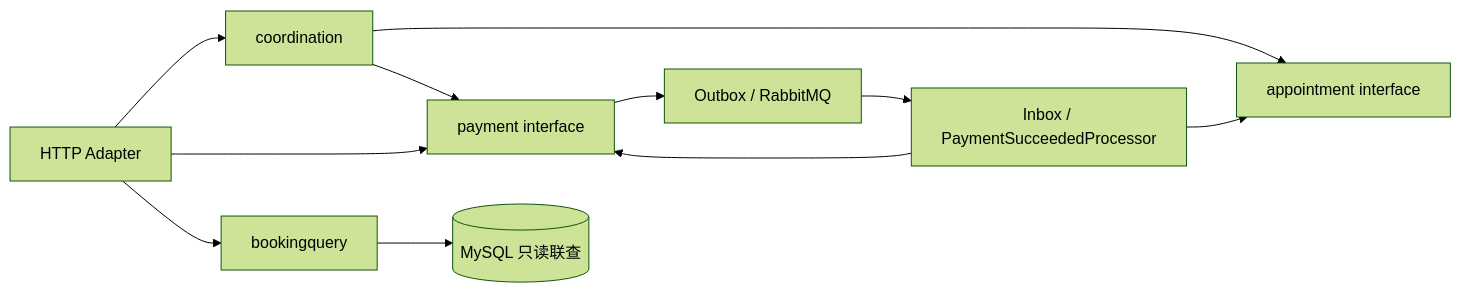
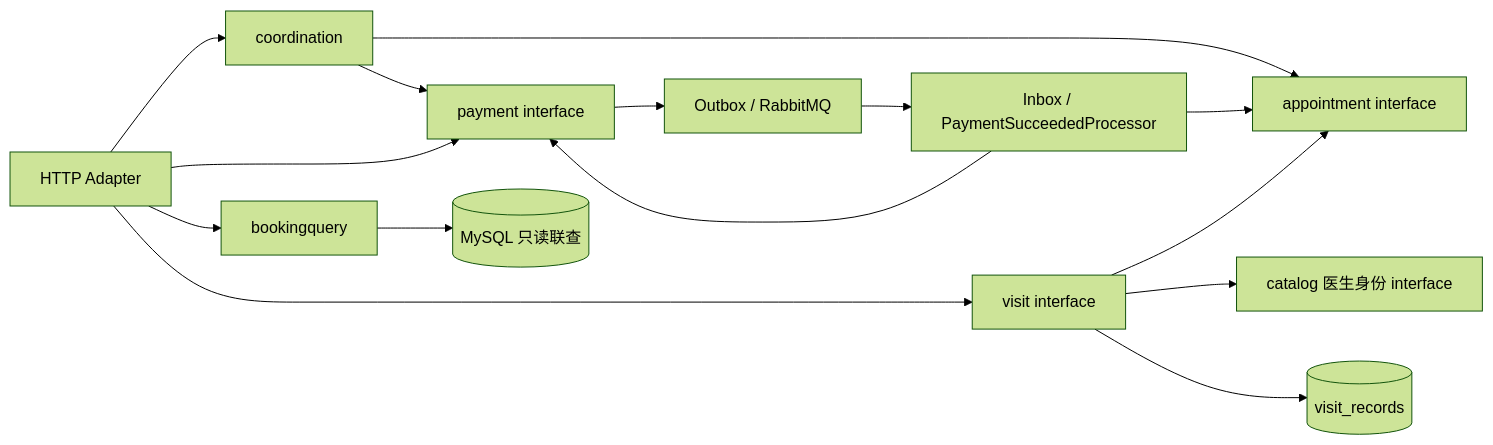
The diagram in docs/module-design.md (qsx-java321/appoint), drawn with Mermaid (forest theme) before and after one commit. The commit also changed other lines of this file and 68 other files, not shown here.

````diff
--- a/docs/module-design.md
+++ b/docs/module-design.md
@@ -16,13 +19,17 @@
 ```mermaid
 flowchart LR
     HTTP[HTTP Adapter] --> C[coordination]
     HTTP --> P[payment interface]
     HTTP --> Q[bookingquery]
+    HTTP --> V[visit interface]
+    V --> A
+    V --> D[catalog 医生身份 interface]
+    V --> VD[(visit_records)]
     C --> A[appointment interface]
     C --> P
     P --> O[Outbox / RabbitMQ]
     O --> I[Inbox / PaymentSucceededProcessor]
     I --> A
     I --> P
     Q --> DB[(MySQL 只读联查)]
 ```
````
